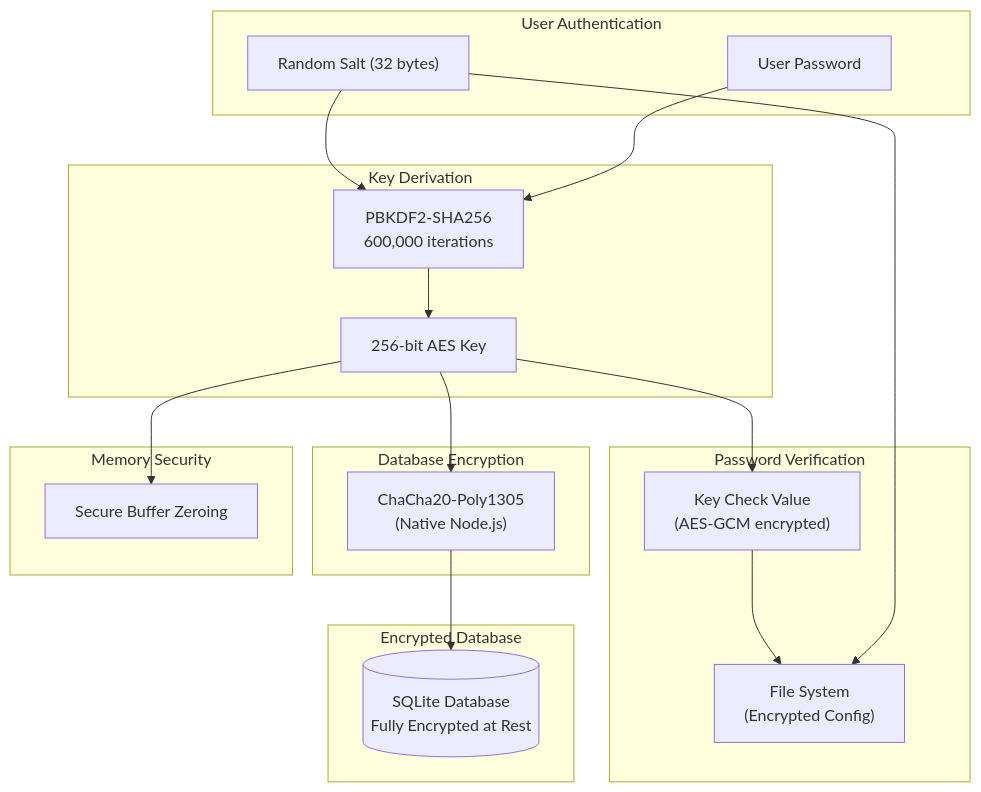
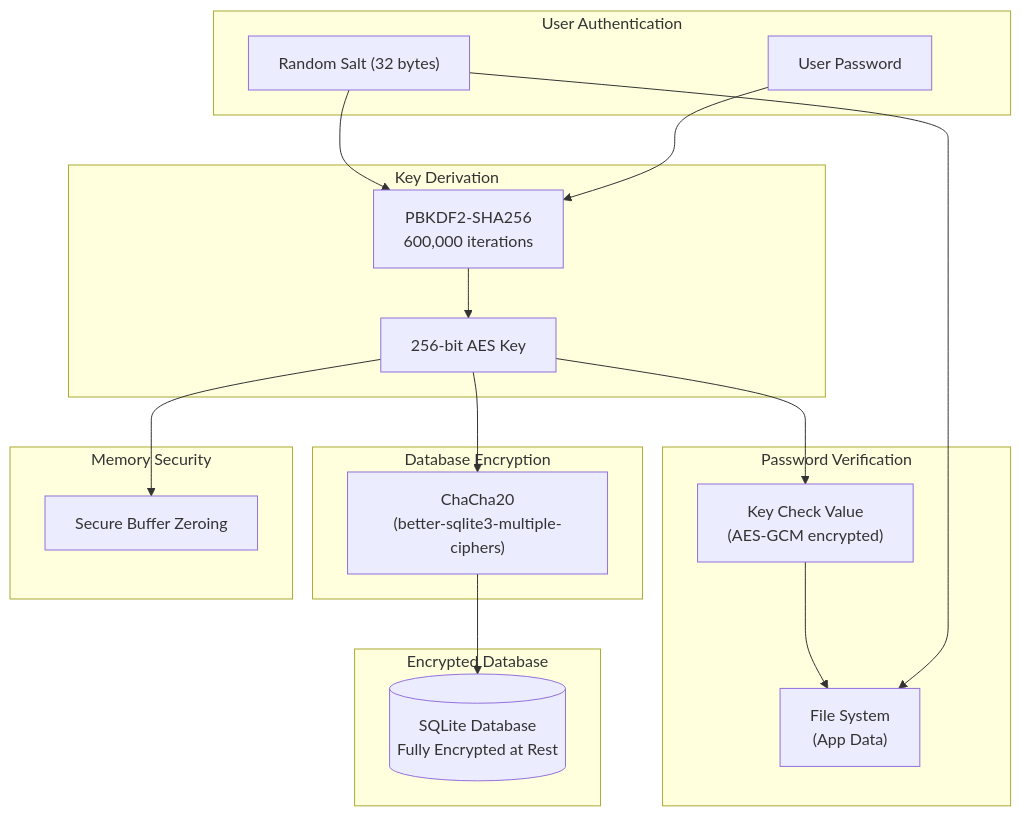
Before and after one commit to a2f0/tearleads: the second of 4 diagrams in docs/encryption-architecture.md, drawn with Mermaid. The commit also changed other lines of this file, not shown here.

````diff
--- a/docs/encryption-architecture.md
+++ b/docs/encryption-architecture.md
@@ -49,39 +49,39 @@
 ```mermaid
 flowchart TB
     subgraph UserAuth["User Authentication"]
         PWD["User Password"]
         SALT["Random Salt (32 bytes)"]
     end
 
     subgraph KeyDerivation["Key Derivation"]
         PBKDF2["PBKDF2-SHA256<br/>600,000 iterations"]
         KEY["256-bit AES Key"]
     end
 
     subgraph Verification["Password Verification"]
         KCV["Key Check Value<br/>(AES-GCM encrypted)"]
-        STORE["File System<br/>(Encrypted Config)"]
+        STORE["File System<br/>(App Data)"]
     end
 
     subgraph Encryption["Database Encryption"]
-        CIPHER["ChaCha20-Poly1305<br/>(Native Node.js)"]
+        CIPHER["ChaCha20<br/>(better-sqlite3-multiple-ciphers)"]
     end
 
     subgraph Database["Encrypted Database"]
         DB[("SQLite Database<br/>Fully Encrypted at Rest")]
     end
 
     subgraph Security["Memory Security"]
         ZERO["Secure Buffer Zeroing"]
     end
 
     PWD --> PBKDF2
     SALT --> PBKDF2
     PBKDF2 --> KEY
     KEY --> KCV
     SALT --> STORE
     KCV --> STORE
     KEY --> CIPHER
     CIPHER --> DB
     KEY --> ZERO
 ```
````
